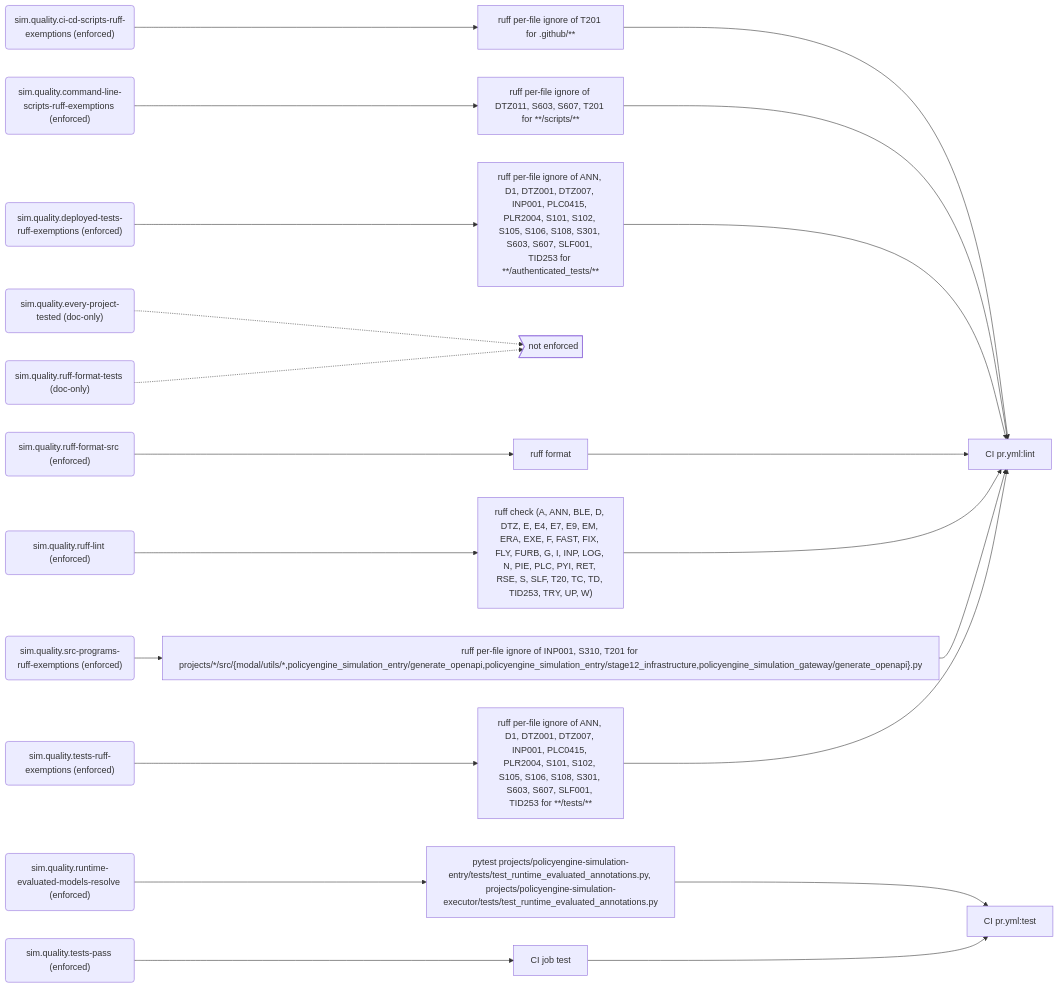
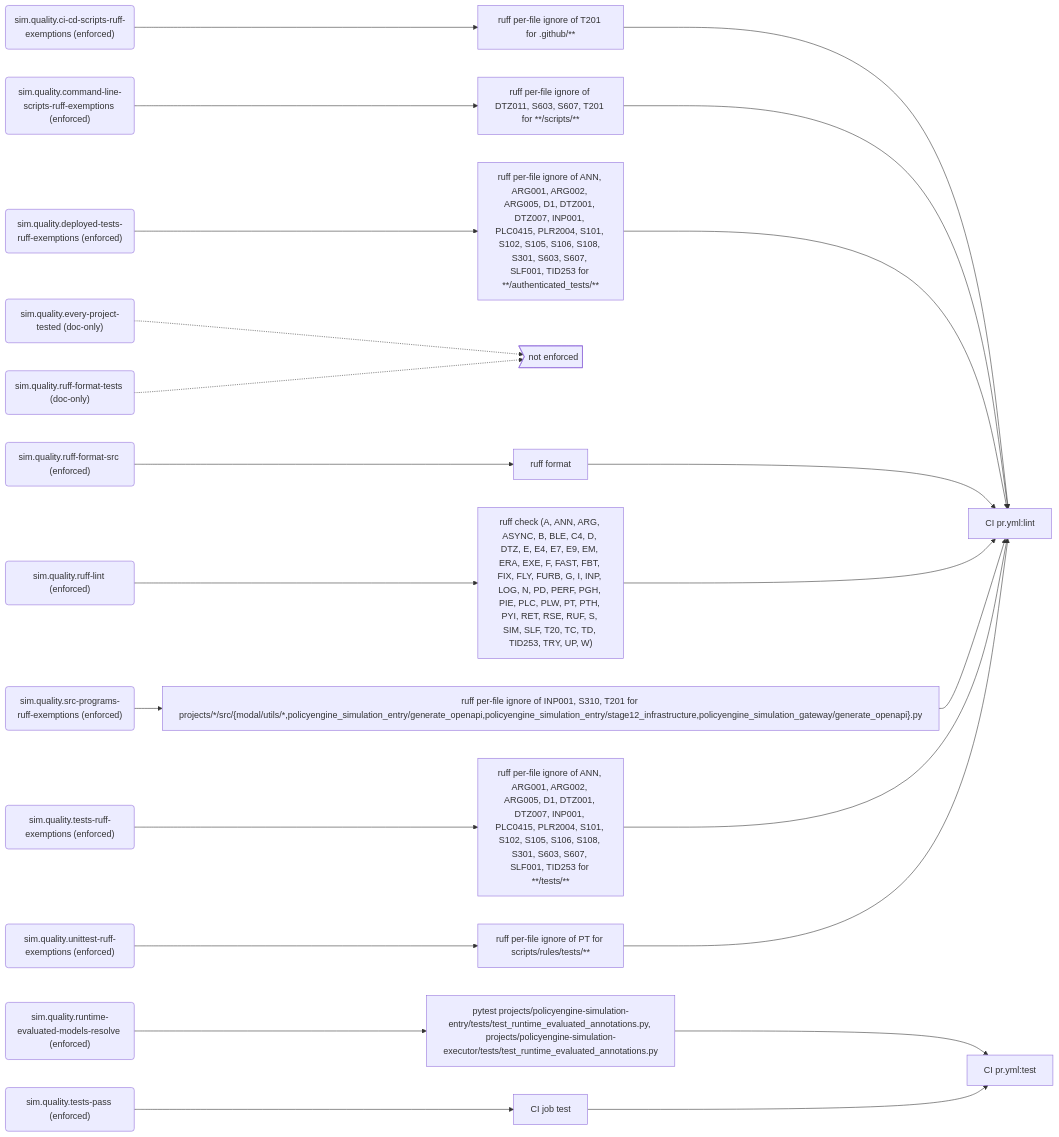
The sixth of 8 diagrams in docs/generated/rules.md (PolicyEngine/policyengine-sim-api), drawn with Mermaid before and after one commit. The commit also changed other lines of this file and 123 other files, not shown here.

First line of the commit message:
Enable ruff argument, idiom and pytest-style rules (ARG, B, C4, FBT, PERF, PLW, PT, PTH, RUF, SIM and others) (#802)

````diff
--- a/docs/generated/rules.md
+++ b/docs/generated/rules.md
@@ -261,46 +262,50 @@
 ```mermaid
 flowchart LR
   r_sim_quality_ci_cd_scripts_ruff_exemptions("sim.quality.ci-cd-scripts-ruff-exemptions (enforced)")
   e_ruff_per_file_ignore_of_T201_for__github___["ruff per-file ignore of T201 for .github/**"]
   j_CI_pr_yml_lint["CI pr.yml:lint"]
   r_sim_quality_command_line_scripts_ruff_exemptions("sim.quality.command-line-scripts-ruff-exemptions (enforced)")
   e_ruff_per_file_ignore_of_DTZ011__S603__S607__T201_for____scripts___["ruff per-file ignore of DTZ011, S603, S607, T201 for **/scripts/**"]
   r_sim_quality_deployed_tests_ruff_exemptions("sim.quality.deployed-tests-ruff-exemptions (enforced)")
-  e_ruff_per_file_ignore_of_ANN__D1__DTZ001__DTZ007__INP001__PLC0415__PLR2004__S101__S102__S105__S106__S108__S301__S603__S607__SLF001__TID253_for____authenticated_tests___["ruff per-file ignore of ANN, D1, DTZ001, DTZ007, INP001, PLC0415, PLR2004, S101, S102, S105, S106, S108, S301, S603, S607, SLF001, TID253 for **/authenticated_tests/**"]
+  e_ruff_per_file_ignore_of_ANN__ARG001__ARG002__ARG005__D1__DTZ001__DTZ007__INP001__PLC0415__PLR2004__S101__S102__S105__S106__S108__S301__S603__S607__SLF001__TID253_for____authenticated_tests___["ruff per-file ignore of ANN, ARG001, ARG002, ARG005, D1, DTZ001, DTZ007, INP001, PLC0415, PLR2004, S101, S102, S105, S106, S108, S301, S603, S607, SLF001, TID253 for **/authenticated_tests/**"]
   r_sim_quality_every_project_tested("sim.quality.every-project-tested (doc-only)")
   gap_unenforced>"not enforced"]
   r_sim_quality_ruff_format_src("sim.quality.ruff-format-src (enforced)")
   e_ruff_format["ruff format"]
   r_sim_quality_ruff_format_tests("sim.quality.ruff-format-tests (doc-only)")
   r_sim_quality_ruff_lint("sim.quality.ruff-lint (enforced)")
-  e_ruff_check__A__ANN__BLE__D__DTZ__E__E4__E7__E9__EM__ERA__EXE__F__FAST__FIX__FLY__FURB__G__I__INP__LOG__N__PIE__PLC__PYI__RET__RSE__S__SLF__T20__TC__TD__TID253__TRY__UP__W_["ruff check (A, ANN, BLE, D, DTZ, E, E4, E7, E9, EM, ERA, EXE, F, FAST, FIX, FLY, FURB, G, I, INP, LOG, N, PIE, PLC, PYI, RET, RSE, S, SLF, T20, TC, TD, TID253, TRY, UP, W)"]
+  e_ruff_check__A__ANN__ARG__ASYNC__B__BLE__C4__D__DTZ__E__E4__E7__E9__EM__ERA__EXE__F__FAST__FBT__FIX__FLY__FURB__G__I__INP__LOG__N__PD__PERF__PGH__PIE__PLC__PLW__PT__PTH__PYI__RET__RSE__RUF__S__SIM__SLF__T20__TC__TD__TID253__TRY__UP__W_["ruff check (A, ANN, ARG, ASYNC, B, BLE, C4, D, DTZ, E, E4, E7, E9, EM, ERA, EXE, F, FAST, FBT, FIX, FLY, FURB, G, I, INP, LOG, N, PD, PERF, PGH, PIE, PLC, PLW, PT, PTH, PYI, RET, RSE, RUF, S, SIM, SLF, T20, TC, TD, TID253, TRY, UP, W)"]
   r_sim_quality_runtime_evaluated_models_resolve("sim.quality.runtime-evaluated-models-resolve (enforced)")
   e_pytest_projects_policyengine_simulation_entry_tests_test_runtime_evaluated_annotations_py__projects_policyengine_simulation_executor_tests_test_runtime_evaluated_annotations_py["pytest projects/policyengine-simulation-entry/tests/test_runtime_evaluated_annotations.py, projects/policyengine-simulation-executor/tests/test_runtime_evaluated_annotations.py"]
   j_CI_pr_yml_test["CI pr.yml:test"]
   r_sim_quality_src_programs_ruff_exemptions("sim.quality.src-programs-ruff-exemptions (enforced)")
   e_ruff_per_file_ignore_of_INP001__S310__T201_for_projects___src__modal_utils___policyengine_simulation_entry_generate_openapi_policyengine_simulation_entry_stage12_infrastructure_policyengine_simulation_gateway_generate_openapi__py["ruff per-file ignore of INP001, S310, T201 for projects/*/src/{modal/utils/*,policyengine_simulation_entry/generate_openapi,policyengine_simulation_entry/stage12_infrastructure,policyengine_simulation_gateway/generate_openapi}.py"]
   r_sim_quality_tests_pass("sim.quality.tests-pass (enforced)")
   e_CI_job_test["CI job test"]
   r_sim_quality_tests_ruff_exemptions("sim.quality.tests-ruff-exemptions (enforced)")
-  e_ruff_per_file_ignore_of_ANN__D1__DTZ001__DTZ007__INP001__PLC0415__PLR2004__S101__S102__S105__S106__S108__S301__S603__S607__SLF001__TID253_for____tests___["ruff per-file ignore of ANN, D1, DTZ001, DTZ007, INP001, PLC0415, PLR2004, S101, S102, S105, S106, S108, S301, S603, S607, SLF001, TID253 for **/tests/**"]
+  e_ruff_per_file_ignore_of_ANN__ARG001__ARG002__ARG005__D1__DTZ001__DTZ007__INP001__PLC0415__PLR2004__S101__S102__S105__S106__S108__S301__S603__S607__SLF001__TID253_for____tests___["ruff per-file ignore of ANN, ARG001, ARG002, ARG005, D1, DTZ001, DTZ007, INP001, PLC0415, PLR2004, S101, S102, S105, S106, S108, S301, S603, S607, SLF001, TID253 for **/tests/**"]
+  r_sim_quality_unittest_ruff_exemptions("sim.quality.unittest-ruff-exemptions (enforced)")
+  e_ruff_per_file_ignore_of_PT_for_scripts_rules_tests___["ruff per-file ignore of PT for scripts/rules/tests/**"]
   r_sim_quality_ci_cd_scripts_ruff_exemptions --> e_ruff_per_file_ignore_of_T201_for__github___
   e_ruff_per_file_ignore_of_T201_for__github___ --> j_CI_pr_yml_lint
   r_sim_quality_command_line_scripts_ruff_exemptions --> e_ruff_per_file_ignore_of_DTZ011__S603__S607__T201_for____scripts___
   e_ruff_per_file_ignore_of_DTZ011__S603__S607__T201_for____scripts___ --> j_CI_pr_yml_lint
-  r_sim_quality_deployed_tests_ruff_exemptions --> e_ruff_per_file_ignore_of_ANN__D1__DTZ001__DTZ007__INP001__PLC0415__PLR2004__S101__S102__S105__S106__S108__S301__S603__S607__SLF001__TID253_for____authenticated_tests___
-  e_ruff_per_file_ignore_of_ANN__D1__DTZ001__DTZ007__INP001__PLC0415__PLR2004__S101__S102__S105__S106__S108__S301__S603__S607__SLF001__TID253_for____authenticated_tests___ --> j_CI_pr_yml_lint
+  r_sim_quality_deployed_tests_ruff_exemptions --> e_ruff_per_file_ignore_of_ANN__ARG001__ARG002__ARG005__D1__DTZ001__DTZ007__INP001__PLC0415__PLR2004__S101__S102__S105__S106__S108__S301__S603__S607__SLF001__TID253_for____authenticated_tests___
+  e_ruff_per_file_ignore_of_ANN__ARG001__ARG002__ARG005__D1__DTZ001__DTZ007__INP001__PLC0415__PLR2004__S101__S102__S105__S106__S108__S301__S603__S607__SLF001__TID253_for____authenticated_tests___ --> j_CI_pr_yml_lint
   r_sim_quality_every_project_tested -.-> gap_unenforced
   r_sim_quality_ruff_format_src --> e_ruff_format
   e_ruff_format --> j_CI_pr_yml_lint
   r_sim_quality_ruff_format_tests -.-> gap_unenforced
-  r_sim_quality_ruff_lint --> e_ruff_check__A__ANN__BLE__D__DTZ__E__E4__E7__E9__EM__ERA__EXE__F__FAST__FIX__FLY__FURB__G__I__INP__LOG__N__PIE__PLC__PYI__RET__RSE__S__SLF__T20__TC__TD__TID253__TRY__UP__W_
-  e_ruff_check__A__ANN__BLE__D__DTZ__E__E4__E7__E9__EM__ERA__EXE__F__FAST__FIX__FLY__FURB__G__I__INP__LOG__N__PIE__PLC__PYI__RET__RSE__S__SLF__T20__TC__TD__TID253__TRY__UP__W_ --> j_CI_pr_yml_lint
+  r_sim_quality_ruff_lint --> e_ruff_check__A__ANN__ARG__ASYNC__B__BLE__C4__D__DTZ__E__E4__E7__E9__EM__ERA__EXE__F__FAST__FBT__FIX__FLY__FURB__G__I__INP__LOG__N__PD__PERF__PGH__PIE__PLC__PLW__PT__PTH__PYI__RET__RSE__RUF__S__SIM__SLF__T20__TC__TD__TID253__TRY__UP__W_
+  e_ruff_check__A__ANN__ARG__ASYNC__B__BLE__C4__D__DTZ__E__E4__E7__E9__EM__ERA__EXE__F__FAST__FBT__FIX__FLY__FURB__G__I__INP__LOG__N__PD__PERF__PGH__PIE__PLC__PLW__PT__PTH__PYI__RET__RSE__RUF__S__SIM__SLF__T20__TC__TD__TID253__TRY__UP__W_ --> j_CI_pr_yml_lint
   r_sim_quality_runtime_evaluated_models_resolve --> e_pytest_projects_policyengine_simulation_entry_tests_test_runtime_evaluated_annotations_py__projects_policyengine_simulation_executor_tests_test_runtime_evaluated_annotations_py
   e_pytest_projects_policyengine_simulation_entry_tests_test_runtime_evaluated_annotations_py__projects_policyengine_simulation_executor_tests_test_runtime_evaluated_annotations_py --> j_CI_pr_yml_test
   r_sim_quality_src_programs_ruff_exemptions --> e_ruff_per_file_ignore_of_INP001__S310__T201_for_projects___src__modal_utils___policyengine_simulation_entry_generate_openapi_policyengine_simulation_entry_stage12_infrastructure_policyengine_simulation_gateway_generate_openapi__py
   e_ruff_per_file_ignore_of_INP001__S310__T201_for_projects___src__modal_utils___policyengine_simulation_entry_generate_openapi_policyengine_simulation_entry_stage12_infrastructure_policyengine_simulation_gateway_generate_openapi__py --> j_CI_pr_yml_lint
   r_sim_quality_tests_pass --> e_CI_job_test
   e_CI_job_test --> j_CI_pr_yml_test
-  r_sim_quality_tests_ruff_exemptions --> e_ruff_per_file_ignore_of_ANN__D1__DTZ001__DTZ007__INP001__PLC0415__PLR2004__S101__S102__S105__S106__S108__S301__S603__S607__SLF001__TID253_for____tests___
-  e_ruff_per_file_ignore_of_ANN__D1__DTZ001__DTZ007__INP001__PLC0415__PLR2004__S101__S102__S105__S106__S108__S301__S603__S607__SLF001__TID253_for____tests___ --> j_CI_pr_yml_lint
+  r_sim_quality_tests_ruff_exemptions --> e_ruff_per_file_ignore_of_ANN__ARG001__ARG002__ARG005__D1__DTZ001__DTZ007__INP001__PLC0415__PLR2004__S101__S102__S105__S106__S108__S301__S603__S607__SLF001__TID253_for____tests___
+  e_ruff_per_file_ignore_of_ANN__ARG001__ARG002__ARG005__D1__DTZ001__DTZ007__INP001__PLC0415__PLR2004__S101__S102__S105__S106__S108__S301__S603__S607__SLF001__TID253_for____tests___ --> j_CI_pr_yml_lint
+  r_sim_quality_unittest_ruff_exemptions --> e_ruff_per_file_ignore_of_PT_for_scripts_rules_tests___
+  e_ruff_per_file_ignore_of_PT_for_scripts_rules_tests___ --> j_CI_pr_yml_lint
 ```
````
